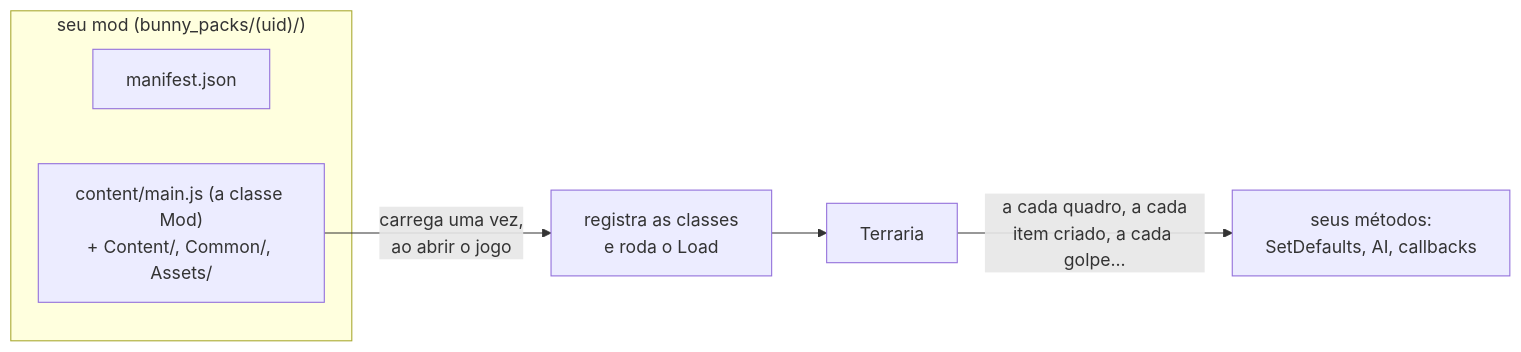
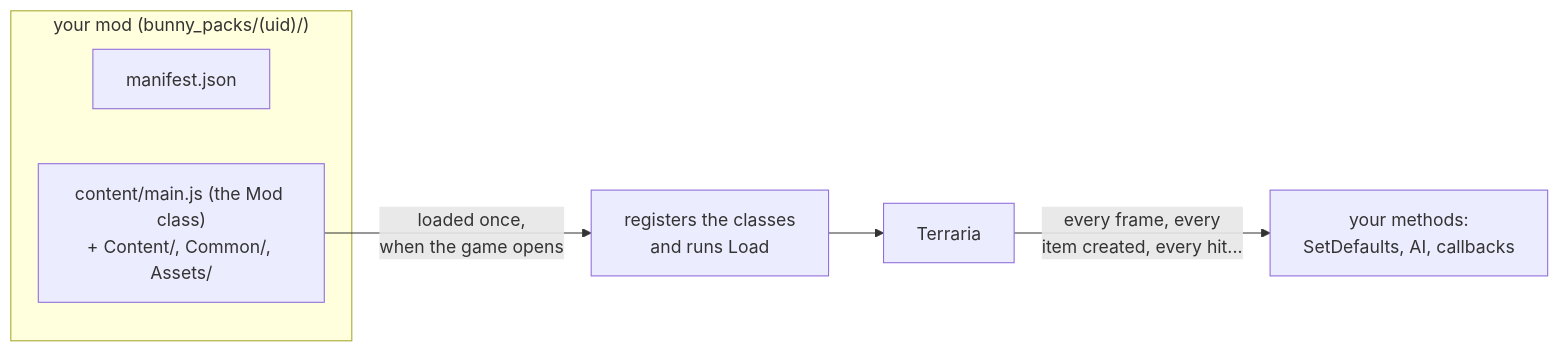
Before and after one commit to JonataOliveiraa/Bunny-Loader: the diagram in docs/mods/README.md, drawn with Mermaid. The commit also changed other lines of this file and 89 other files, not shown here.

````diff
--- a/docs/mods/README.md
+++ b/docs/mods/README.md
@@ -18,10 +19,10 @@
 ```mermaid
 flowchart LR
-    subgraph Pacote["seu mod (bunny_packs/(uid)/)"]
+    subgraph Pacote["your mod (bunny_packs/(uid)/)"]
         M["manifest.json"]
-        J["content/main.js (a classe Mod)<br/>+ Content/, Common/, Assets/"]
+        J["content/main.js (the Mod class)<br/>+ Content/, Common/, Assets/"]
     end
-    J -- "carrega uma vez,<br/>ao abrir o jogo" --> R["registra as classes<br/>e roda o Load"]
+    J -- "loaded once,<br/>when the game opens" --> R["registers the classes<br/>and runs Load"]
     R --> G["Terraria"]
-    G -- "a cada quadro, a cada<br/>item criado, a cada golpe..." --> C["seus métodos:<br/>SetDefaults, AI, callbacks"]
+    G -- "every frame, every<br/>item created, every hit..." --> C["your methods:<br/>SetDefaults, AI, callbacks"]
 ```
````
